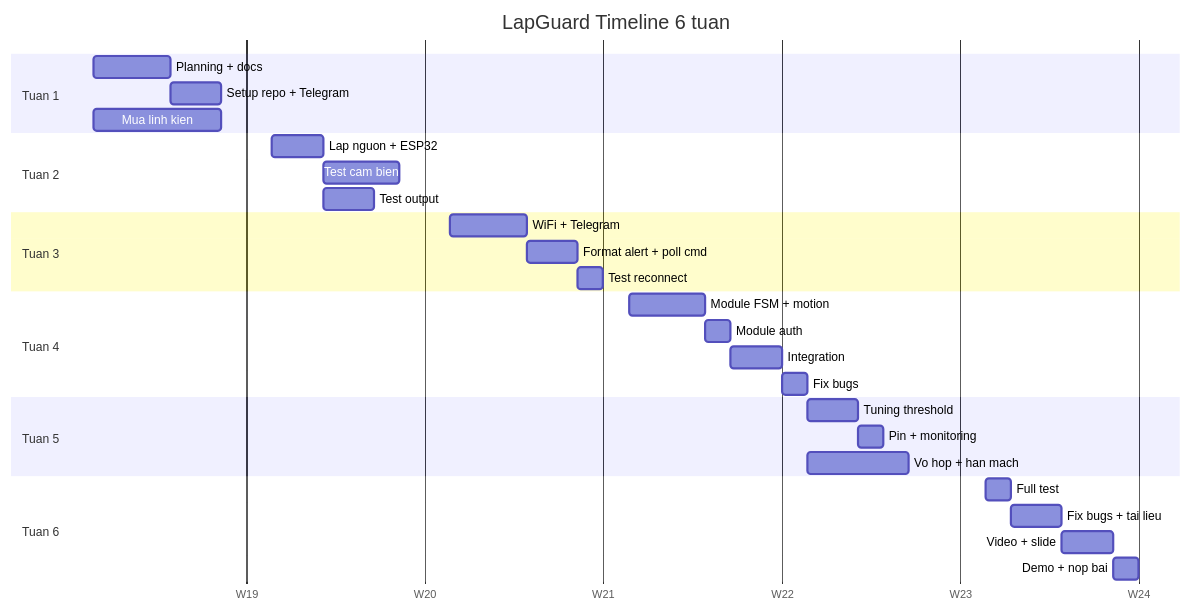
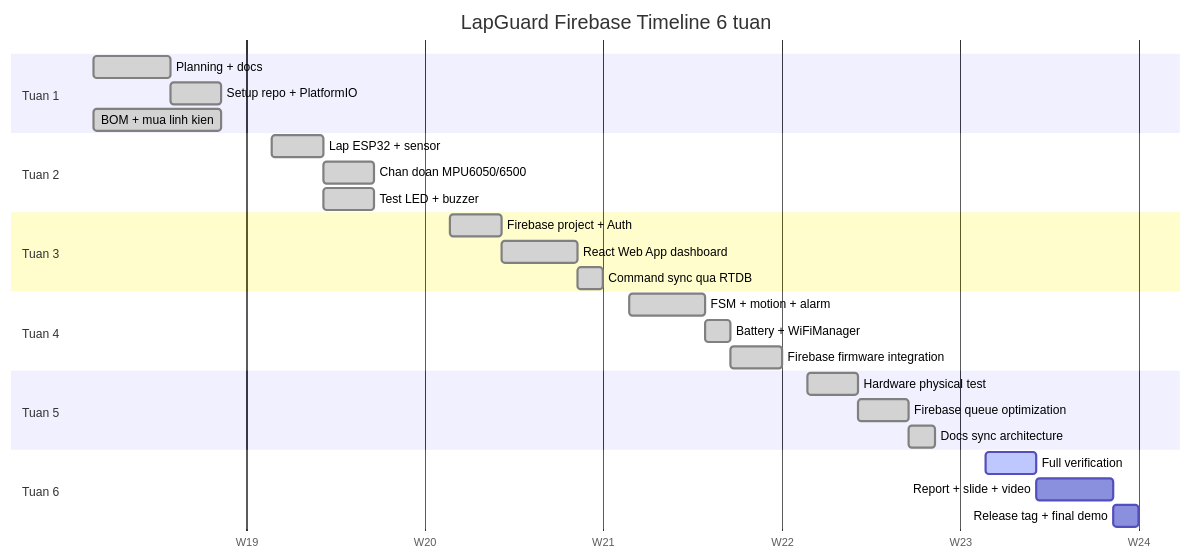
Before and after one commit to NHP234/AIoT: the diagram in docs/06-timeline-and-budget.md, drawn with Mermaid. The commit also changed other lines of this file and 5 other files, not shown here.

Commit message:
docs: align Firebase architecture plan

````diff
--- a/docs/06-timeline-and-budget.md
+++ b/docs/06-timeline-and-budget.md
@@ -125,38 +106,36 @@
 ```mermaid
 gantt
-    title LapGuard Timeline 6 tuan
+    title LapGuard Firebase Timeline 6 tuan
     dateFormat  YYYY-MM-DD
     axisFormat  W%V
 
     section Tuan 1
-    Planning + docs          :a1, 2026-05-04, 3d
-    Setup repo + Telegram    :a2, after a1, 2d
-    Mua linh kien            :a3, 2026-05-04, 5d
+    Planning + docs               :done, a1, 2026-05-04, 3d
+    Setup repo + PlatformIO       :done, a2, after a1, 2d
+    BOM + mua linh kien           :done, a3, 2026-05-04, 5d
 
     section Tuan 2
-    Lap nguon + ESP32        :b1, 2026-05-11, 2d
-    Test cam bien            :b2, after b1, 3d
-    Test output              :b3, after b1, 2d
+    Lap ESP32 + sensor            :done, b1, 2026-05-11, 2d
+    Chan doan MPU6050/6500        :done, b2, after b1, 2d
+    Test LED + buzzer             :done, b3, after b1, 2d
 
     section Tuan 3
-    WiFi + Telegram          :c1, 2026-05-18, 3d
-    Format alert + poll cmd  :c2, after c1, 2d
-    Test reconnect           :c3, after c2, 1d
+    Firebase project + Auth       :done, c1, 2026-05-18, 2d
+    React Web App dashboard       :done, c2, after c1, 3d
+    Command sync qua RTDB         :done, c3, after c2, 1d
 
     section Tuan 4
-    Module FSM + motion      :d1, 2026-05-25, 3d
-    Module auth              :d2, after d1, 1d
-    Integration              :d3, after d2, 2d
-    Fix bugs                 :d4, after d3, 1d
+    FSM + motion + alarm          :done, d1, 2026-05-25, 3d
+    Battery + WiFiManager         :done, d2, after d1, 1d
+    Firebase firmware integration :done, d3, after d2, 2d
 
     section Tuan 5
-    Tuning threshold         :e1, 2026-06-01, 2d
-    Pin + monitoring         :e2, after e1, 1d
-    Vo hop + han mach        :e3, 2026-06-01, 4d
+    Hardware physical test        :done, e1, 2026-06-01, 2d
+    Firebase queue optimization   :done, e2, after e1, 2d
+    Docs sync architecture        :done, e3, after e2, 1d
 
     section Tuan 6
-    Full test                :f1, 2026-06-08, 1d
-    Fix bugs + tai lieu      :f2, after f1, 2d
-    Video + slide            :f3, after f2, 2d
-    Demo + nop bai           :f4, after f3, 1d
+    Full verification             :active, f1, 2026-06-08, 2d
+    Report + slide + video        :f2, after f1, 3d
+    Release tag + final demo      :f3, after f2, 1d
 ```
````
